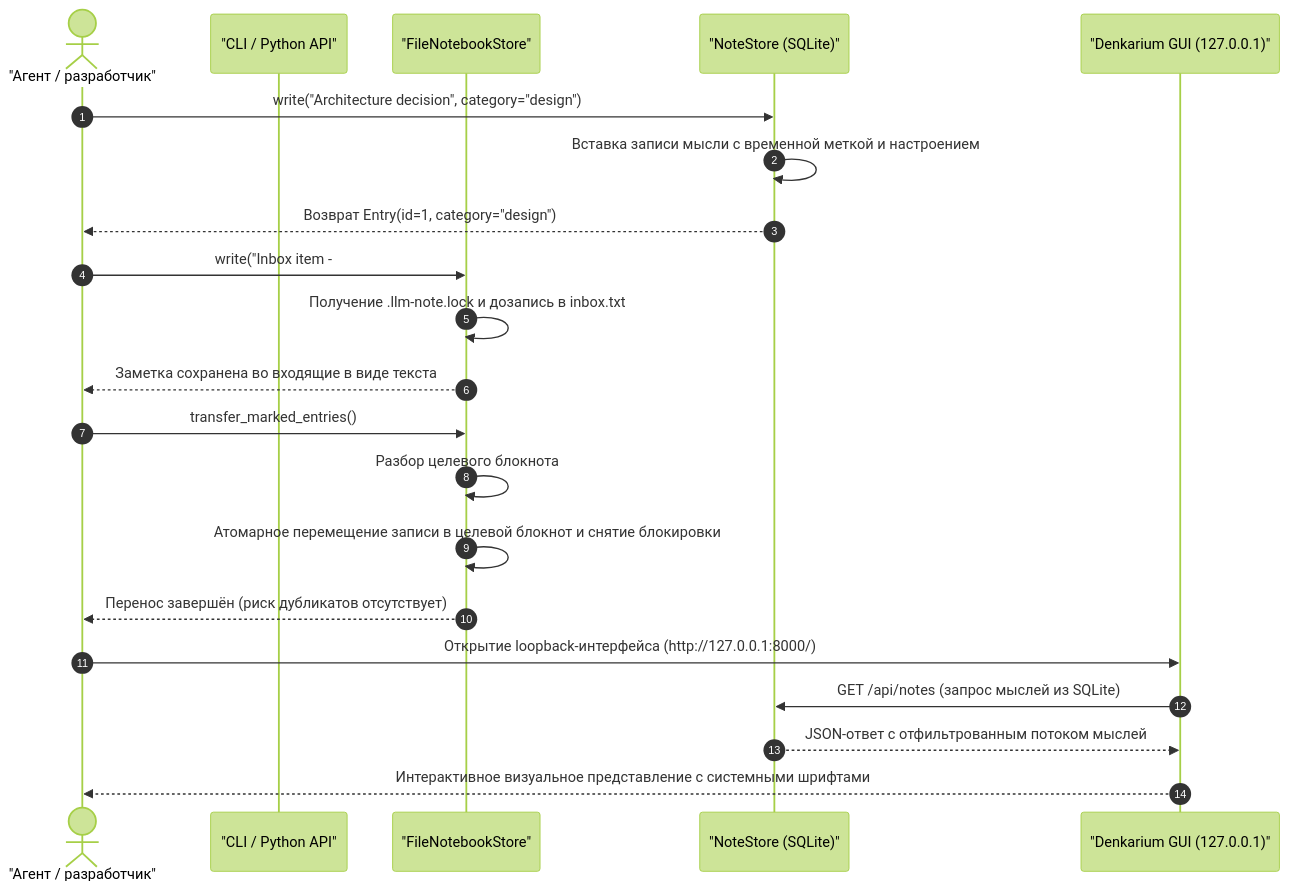
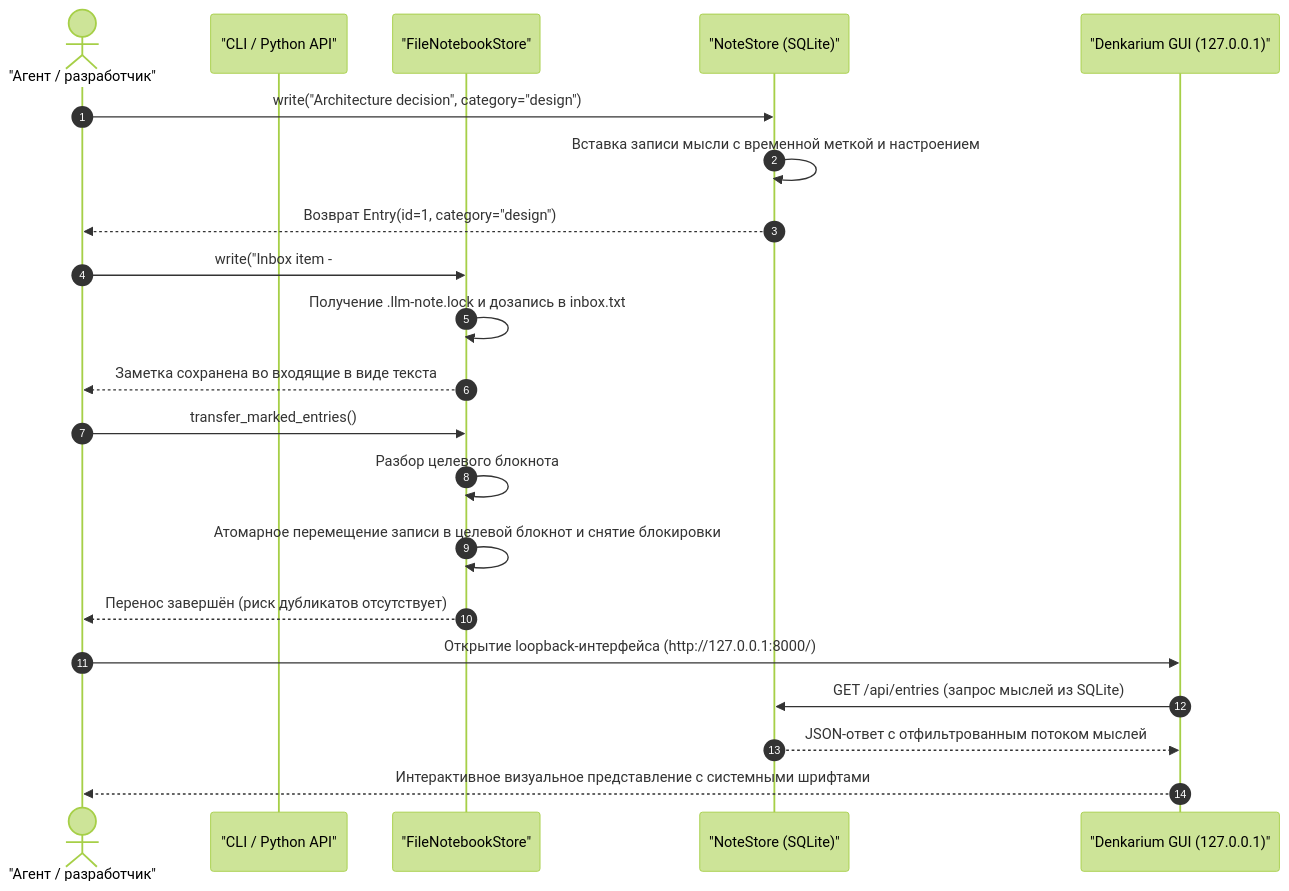
The second of 2 diagrams in README_ru.md (doc-bricks/llm-note), drawn with Mermaid (forest theme) before and after one commit. The commit also changed other lines of this file and 9 other files, not shown here.

````diff
--- a/README_ru.md
+++ b/README_ru.md
@@ -143,27 +143,27 @@
 ```mermaid
 sequenceDiagram
     autonumber
     actor UserOrAgent as "Агент / разработчик"
     participant CLI as "CLI / Python API"
     participant FileStore as "FileNotebookStore"
     participant NoteStore as "NoteStore (SQLite)"
     participant Denkarium as "Denkarium GUI (127.0.0.1)"
 
     UserOrAgent ->> NoteStore: write("Architecture decision", category="design")
     NoteStore ->> NoteStore: Вставка записи мысли с временной меткой и настроением
     NoteStore -->> UserOrAgent: Возврат Entry(id=1, category="design")
 
     UserOrAgent ->> FileStore: write("Inbox item - #NB: Project Ideas")
     FileStore ->> FileStore: Получение .llm-note.lock и дозапись в inbox.txt
     FileStore -->> UserOrAgent: Заметка сохранена во входящие в виде текста
 
     UserOrAgent ->> FileStore: transfer_marked_entries()
     FileStore ->> FileStore: Разбор целевого блокнота #NB: и назначение стабильного #LLM-NOTE-ID
     FileStore ->> FileStore: Атомарное перемещение записи в целевой блокнот и снятие блокировки
     FileStore -->> UserOrAgent: Перенос завершён (риск дубликатов отсутствует)
 
     UserOrAgent ->> Denkarium: Открытие loopback-интерфейса (http://127.0.0.1:8000/)
-    Denkarium ->> NoteStore: GET /api/notes (запрос мыслей из SQLite)
+    Denkarium ->> NoteStore: GET /api/entries (запрос мыслей из SQLite)
     NoteStore -->> Denkarium: JSON-ответ с отфильтрованным потоком мыслей
     Denkarium -->> UserOrAgent: Интерактивное визуальное представление с системными шрифтами
 ```
````
